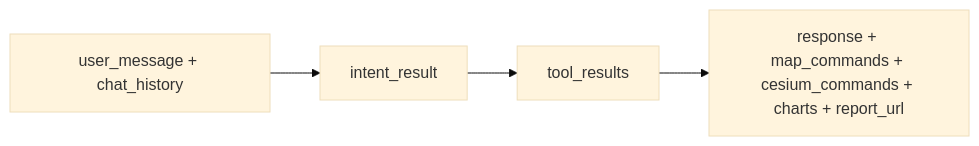
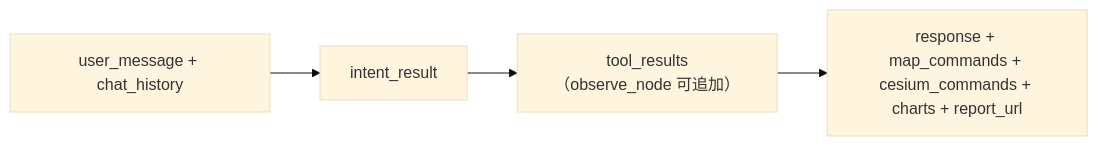
The second of 7 diagrams in backend/agents/LangGraph节点状态说明.md (PotatoH-cmd/Smart_Map), drawn with Mermaid (base theme) before and after one commit. The commit also changed other lines of this file and 163 other files, not shown here.

````diff
--- a/backend/agents/LangGraph节点状态说明.md
+++ b/backend/agents/LangGraph节点状态说明.md
@@ -52,6 +66,6 @@
 ```mermaid
 flowchart LR
     S0[user_message + chat_history] --> S1[intent_result]
-    S1 --> S2[tool_results]
+    S1 --> S2[tool_results（observe_node 可追加）]
     S2 --> S3[response + map_commands + cesium_commands + charts + report_url]
 ```
````
